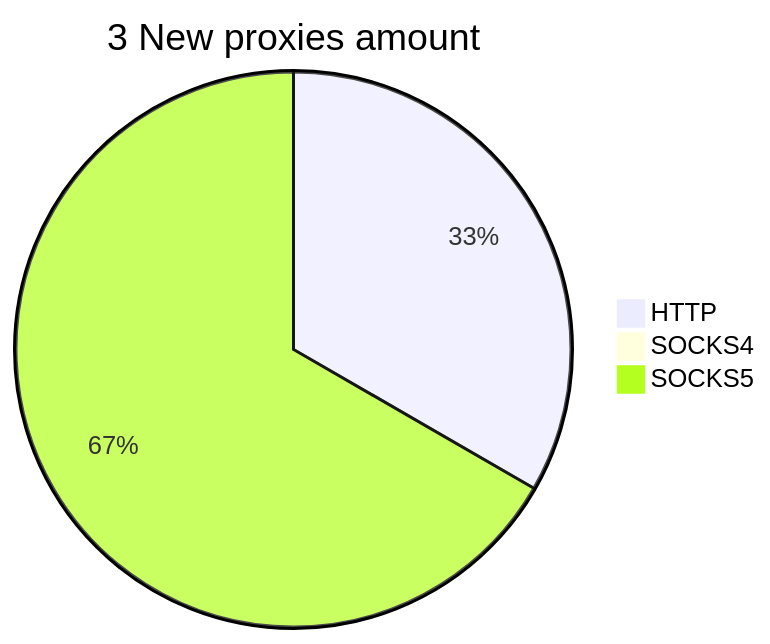
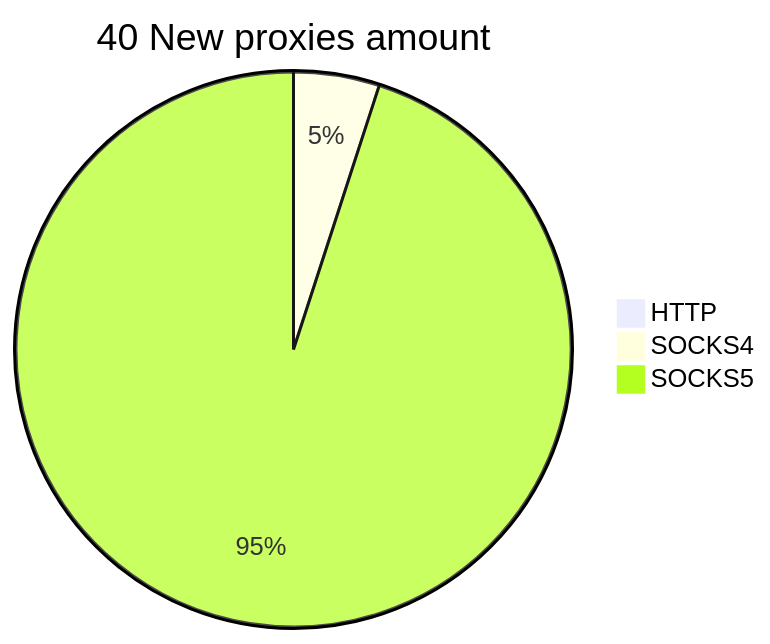
The second of 2 diagrams in README.md (cutipu/proxylist), drawn with Mermaid before and after one commit. The commit also changed other lines of this file, not shown here.

````diff
--- a/README.md
+++ b/README.md
@@ -10,6 +10,6 @@
 ```mermaid
-pie title 3 New proxies amount
-    "HTTP" : 1
-    "SOCKS4" : 0
-    "SOCKS5" : 2
+pie title 40 New proxies amount
+    "HTTP" : 0
+    "SOCKS4" : 2
+    "SOCKS5" : 38
 ```
````
